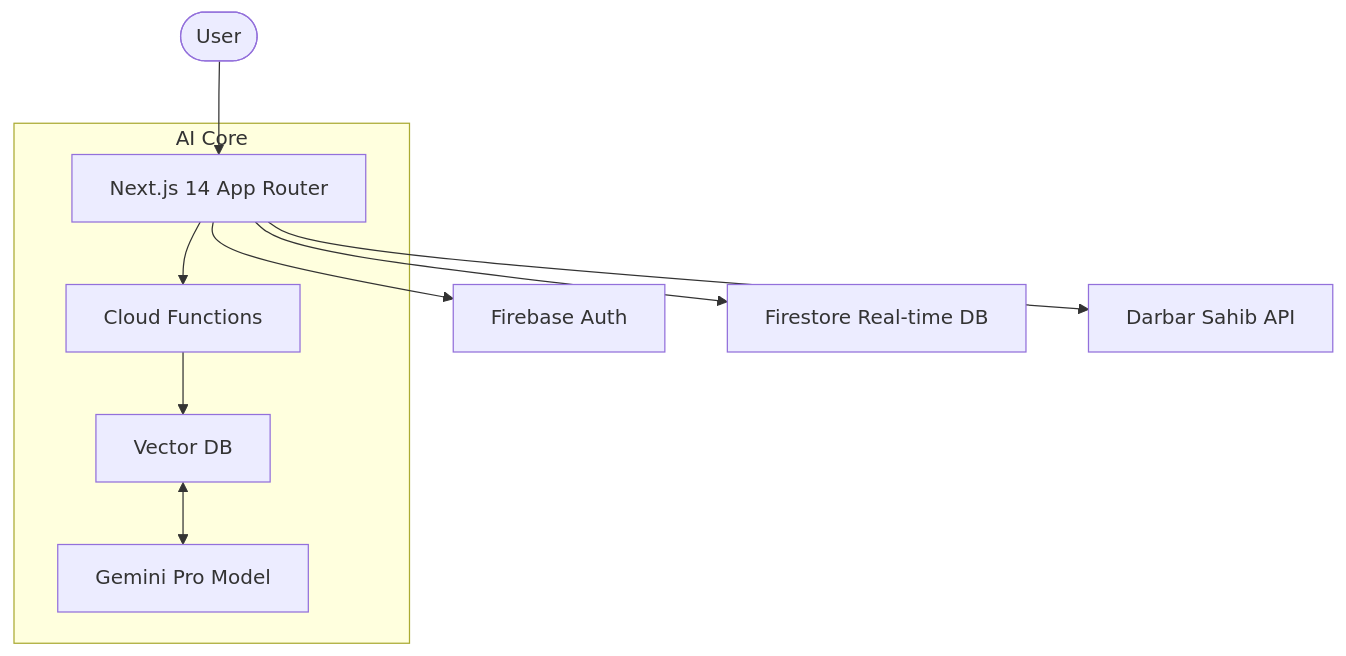
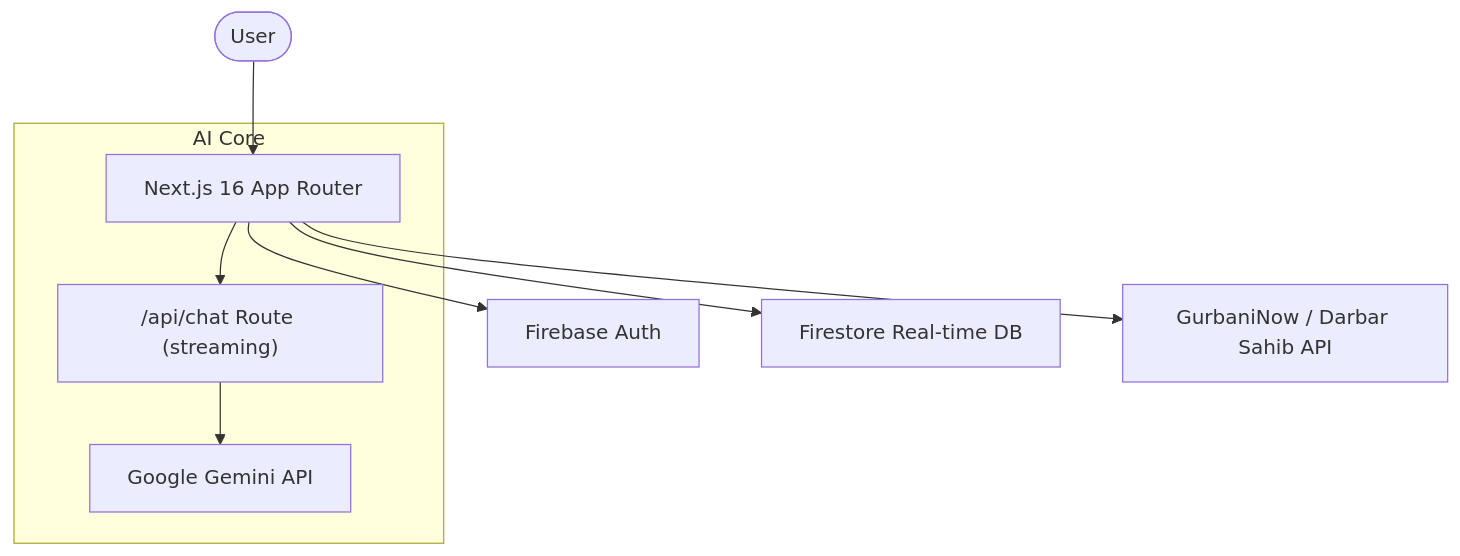
The diagram in README.md (rohan1234usa/sikh-ai), drawn with Mermaid before and after one commit. The commit also changed other lines of this file and 42 other files, not shown here.

````diff
--- a/README.md
+++ b/README.md
@@ -29,13 +30,12 @@
 ```mermaid
 graph TD
-    User([User]) --> Next[Next.js 14 App Router]
+    User([User]) --> Next[Next.js 16 App Router]
     Next --> Auth[Firebase Auth]
     Next --> DB[Firestore Real-time DB]
-    Next --> Hukam[Darbar Sahib API]
-    
+    Next --> Hukam[GurbaniNow / Darbar Sahib API]
+
     subgraph "AI Core"
-    Next --> Functions[Cloud Functions]
-    Functions --> Vector[Vector DB]
-    Vector <--> Gemini[Gemini Pro Model]
+    Next --> Route["/api/chat Route (streaming)"]
+    Route --> Gemini[Google Gemini API]
     end
 ```
````
